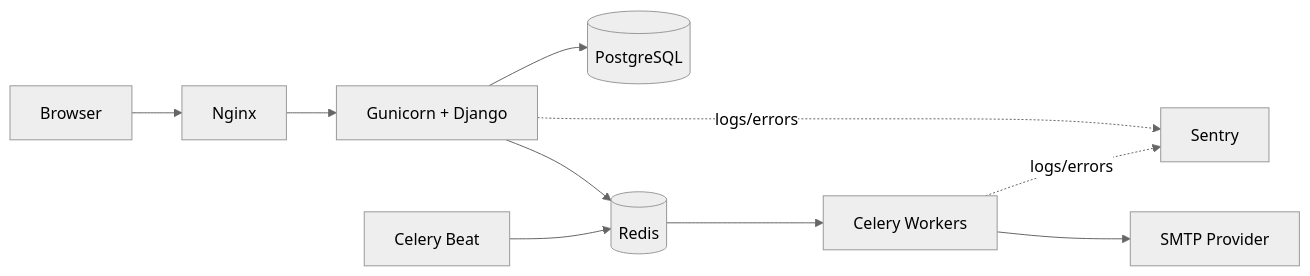
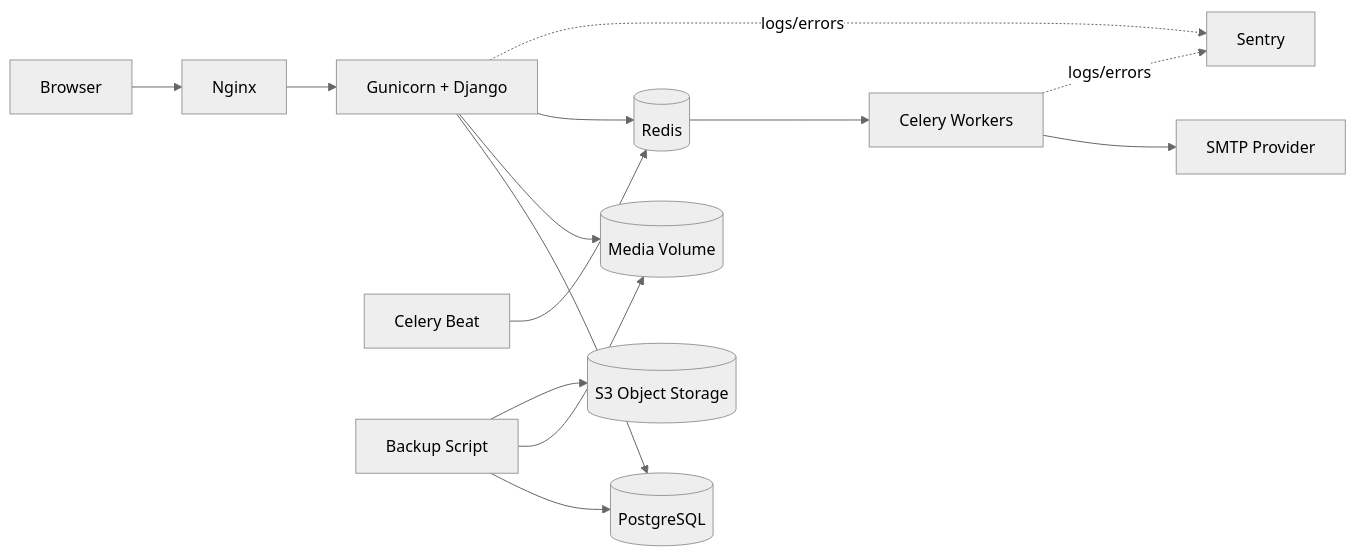
Before and after one commit to ViktorShadr/matchday_store: the diagram in README.md, drawn with Mermaid (neutral theme). The commit also changed other lines of this file and 1 other file, not shown here.

````diff
--- a/README.md
+++ b/README.md
@@ -104,12 +113,16 @@
 ```mermaid
 flowchart LR
     Browser --> Nginx
     Nginx --> Django[Gunicorn + Django]
     Django --> PostgreSQL[(PostgreSQL)]
+    Django --> Media[(Media Volume)]
     Django --> Redis[(Redis)]
     Redis --> Celery[Celery Workers]
     Beat[Celery Beat] --> Redis
     Celery --> SMTP[SMTP Provider]
+    Backup[Backup Script] --> PostgreSQL
+    Backup --> Media
+    Backup --> S3[(S3 Object Storage)]
     Django -. logs/errors .-> Sentry
     Celery -. logs/errors .-> Sentry
 ```
````
